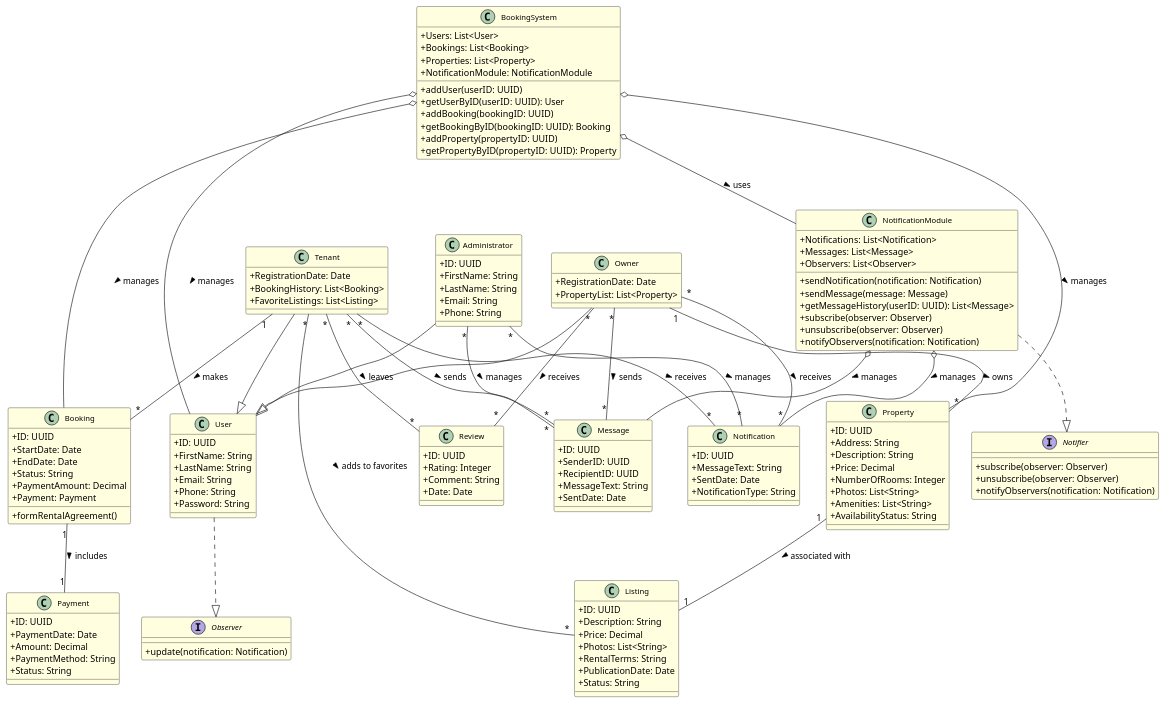
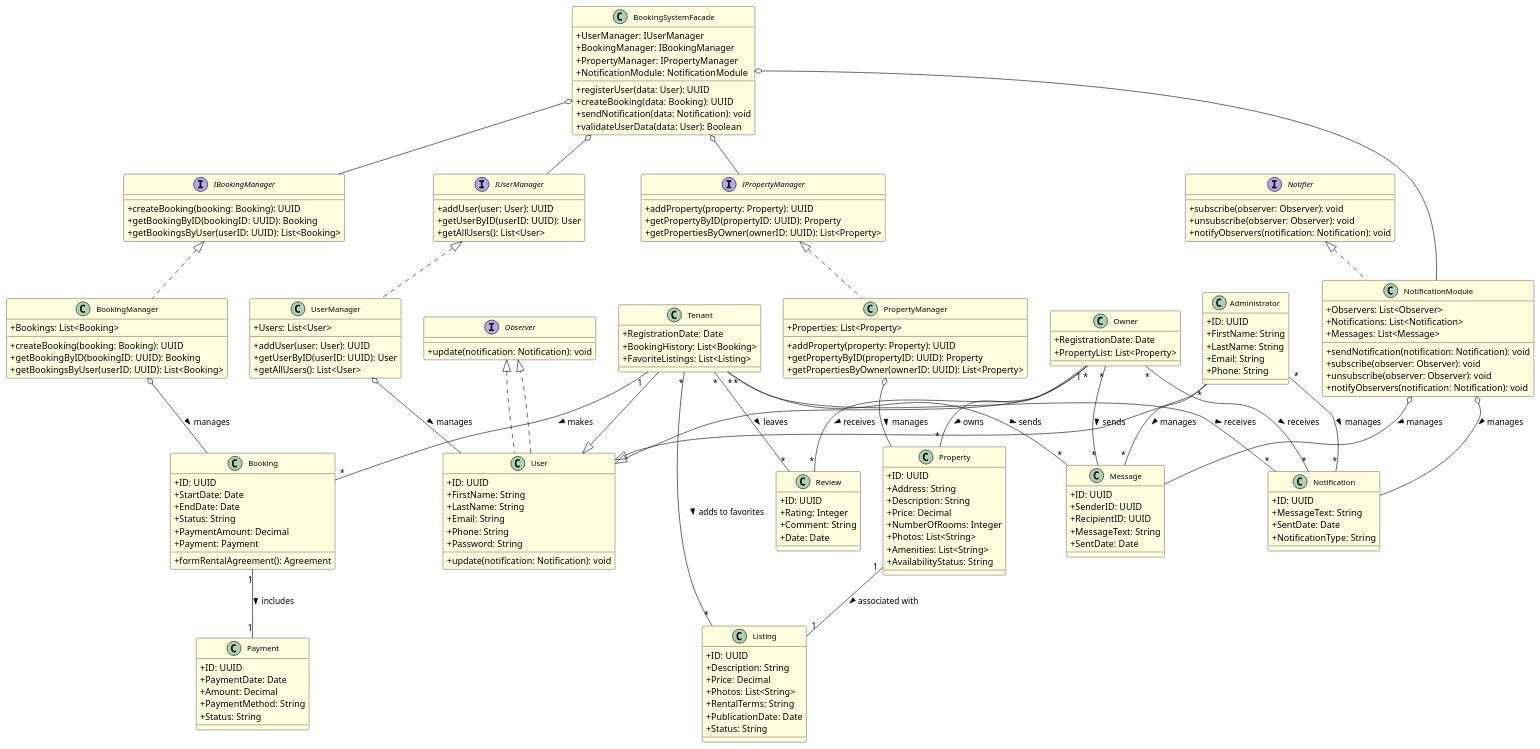
The diagram in Domain_model.md (penamarth/bsbo-01-22_team4_var8), drawn with PlantUML before and after one commit. The commit also changed 12 other files, not shown here.

````diff
--- a/Domain_model.md
+++ b/Domain_model.md
@@ -8,62 +8,102 @@
 skinparam packageBackgroundColor LightBlue
 skinparam packageBorderColor Black
 
+' --- Интерфейсы ---
 interface Observer {
-  +update(notification: Notification)
+  +update(notification: Notification): void
 }
 
 interface Notifier {
-  +subscribe(observer: Observer)
-  +unsubscribe(observer: Observer)
-  +notifyObservers(notification: Notification)
+  +subscribe(observer: Observer): void
+  +unsubscribe(observer: Observer): void
+  +notifyObservers(notification: Notification): void
 }
 
-class "BookingSystem" {
-  +Users: List<User>
-  +Bookings: List<Booking>
-  +Properties: List<Property>
-  +NotificationModule: NotificationModule
-  +addUser(userID: UUID)
+interface IUserManager {
+  +addUser(user: User): UUID
   +getUserByID(userID: UUID): User
-  +addBooking(bookingID: UUID)
-  +getBookingByID(bookingID: UUID): Booking
-  +addProperty(propertyID: UUID)
-  +getPropertyByID(propertyID: UUID): Property
+  +getAllUsers(): List<User>
 }
 
-class "NotificationModule" {
+interface IBookingManager {
+  +createBooking(booking: Booking): UUID
+  +getBookingByID(bookingID: UUID): Booking
+  +getBookingsByUser(userID: UUID): List<Booking>
+}
+
+interface IPropertyManager {
+  +addProperty(property: Property): UUID
+  +getPropertyByID(propertyID: UUID): Property
+  +getPropertiesByOwner(ownerID: UUID): List<Property>
+}
+
+' --- Фасад ---
+class BookingSystemFacade {
+  +UserManager: IUserManager
+  +BookingManager: IBookingManager
+  +PropertyManager: IPropertyManager
+  +NotificationModule: NotificationModule
+  +registerUser(data: User): UUID
+  +createBooking(data: Booking): UUID
+  +sendNotification(data: Notification): void
+  +validateUserData(data: User): Boolean
+}
+
+' --- Модули системы ---
+class UserManager implements IUserManager {
+  +Users: List<User>
+  +addUser(user: User): UUID
+  +getUserByID(userID: UUID): User
+  +getAllUsers(): List<User>
+}
+
+class BookingManager implements IBookingManager {
+  +Bookings: List<Booking>
+  +createBooking(booking: Booking): UUID
+  +getBookingByID(bookingID: UUID): Booking
+  +getBookingsByUser(userID: UUID): List<Booking>
+}
+
+class PropertyManager implements IPropertyManager {
+  +Properties: List<Property>
+  +addProperty(property: Property): UUID
+  +getPropertyByID(propertyID: UUID): Property
+  +getPropertiesByOwner(ownerID: UUID): List<Property>
+}
+
+class NotificationModule implements Notifier {
+  +Observers: List<Observer>
   +Notifications: List<Notification>
   +Messages: List<Message>
-  +Observers: List<Observer>
-  +sendNotification(notification: Notification)
-  +sendMessage(message: Message)
-  +getMessageHistory(userID: UUID): List<Message>
-  +subscribe(observer: Observer)
-  +unsubscribe(observer: Observer)
-  +notifyObservers(notification: Notification)
+  +sendNotification(notification: Notification): void
+  +subscribe(observer: Observer): void
+  +unsubscribe(observer: Observer): void
+  +notifyObservers(notification: Notification): void
 }
 
-class "User" {
+' --- Пользователи ---
+class User implements Observer {
   +ID: UUID
   +FirstName: String
   +LastName: String
   +Email: String
   +Phone: String
   +Password: String
+  +update(notification: Notification): void
 }
 
-class "Tenant" {
+class Tenant {
   +RegistrationDate: Date
   +BookingHistory: List<Booking>
   +FavoriteListings: List<Listing>
 }
 
-class "Owner" {
+class Owner {
   +RegistrationDate: Date
   +PropertyList: List<Property>
 }
 
-class "Administrator" {
+class Administrator {
   +ID: UUID
   +FirstName: String
   +LastName: String
@@ -71,7 +111,8 @@
   +Phone: String
 }
 
-class "Property" {
+' --- Связанные классы ---
+class Property {
   +ID: UUID
   +Address: String
   +Description: String
@@ -82,7 +123,7 @@
   +AvailabilityStatus: String
 }
 
-class "Listing" {
+class Listing {
   +ID: UUID
   +Description: String
   +Price: Decimal
@@ -92,17 +133,17 @@
   +Status: String
 }
 
-class "Booking" {
+class Booking {
   +ID: UUID
   +StartDate: Date
   +EndDate: Date
   +Status: String
   +PaymentAmount: Decimal
   +Payment: Payment
-  +formRentalAgreement()
+  +formRentalAgreement(): Agreement
 }
 
-class "Payment" {
+class Payment {
   +ID: UUID
   +PaymentDate: Date
   +Amount: Decimal
@@ -110,21 +151,21 @@
   +Status: String
 }
 
-class "Notification" {
+class Notification {
   +ID: UUID
   +MessageText: String
   +SentDate: Date
   +NotificationType: String
 }
 
-class "Review" {
+class Review {
   +ID: UUID
   +Rating: Integer
   +Comment: String
   +Date: Date
 }
 
-class "Message" {
+class Message {
   +ID: UUID
   +SenderID: UUID
   +RecipientID: UUID
@@ -132,32 +173,35 @@
   +SentDate: Date
 }
 
-"BookingSystem" o-- "User" : manages >
-"BookingSystem" o-- "Booking" : manages >
-"BookingSystem" o-- "Property" : manages >
-"BookingSystem" o-- "NotificationModule" : uses >
+' --- Связи ---
+BookingSystemFacade o-- IUserManager
+BookingSystemFacade o-- IBookingManager
+BookingSystemFacade o-- IPropertyManager
+BookingSystemFacade o-- NotificationModule
 
-"NotificationModule" o-- "Notification" : manages >
-"NotificationModule" o-- "Message" : manages >
-"NotificationModule" ..|> "Notifier"
+UserManager o-- User : manages >
+BookingManager o-- Booking : manages >
+PropertyManager o-- Property : manages >
+NotificationModule o-- Notification : manages >
+NotificationModule o-- Message : manages >
 
-"User" ..|> "Observer"
-"Tenant" --|> "User"
-"Owner" --|> "User"
-"Administrator" --|> "User"
+User ..|> Observer
+Tenant --|> User
+Owner --|> User
+Administrator --|> User
 
-"Owner" "1" -- "*" "Property" : owns >
-"Property" "1" -- "1" "Listing" : associated with >
-"Tenant" "1" -- "*" "Booking" : makes >
-"Booking" "1" -- "1" "Payment" : includes >
-"Tenant" "*" -- "*" "Listing" : adds to favorites >
-"Owner" "*" -- "*" "Notification" : receives >
-"Tenant" "*" -- "*" "Notification" : receives >
-"Tenant" "*" -- "*" "Review" : leaves >
-"Owner" "*" -- "*" "Review" : receives >
-"Tenant" "*" -- "*" "Message" : sends >
-"Owner" "*" -- "*" "Message" : sends >
-"Administrator" "*" -- "*" "Notification" : manages >
-"Administrator" "*" -- "*" "Message" : manages >
+Owner "1" -- "*" Property : owns >
+Property "1" -- "1" Listing : associated with >
+Tenant "1" -- "*" Booking : makes >
+Booking "1" -- "1" Payment : includes >
+Tenant "*" -- "*" Listing : adds to favorites >
+Owner "*" -- "*" Notification : receives >
+Tenant "*" -- "*" Notification : receives >
+Tenant "*" -- "*" Review : leaves >
+Owner "*" -- "*" Review : receives >
+Tenant "*" -- "*" Message : sends >
+Owner "*" -- "*" Message : sends >
+Administrator "*" -- "*" Notification : manages >
+Administrator "*" -- "*" Message : manages >
 @enduml
 ```
````
